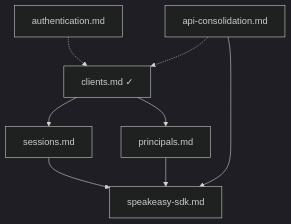
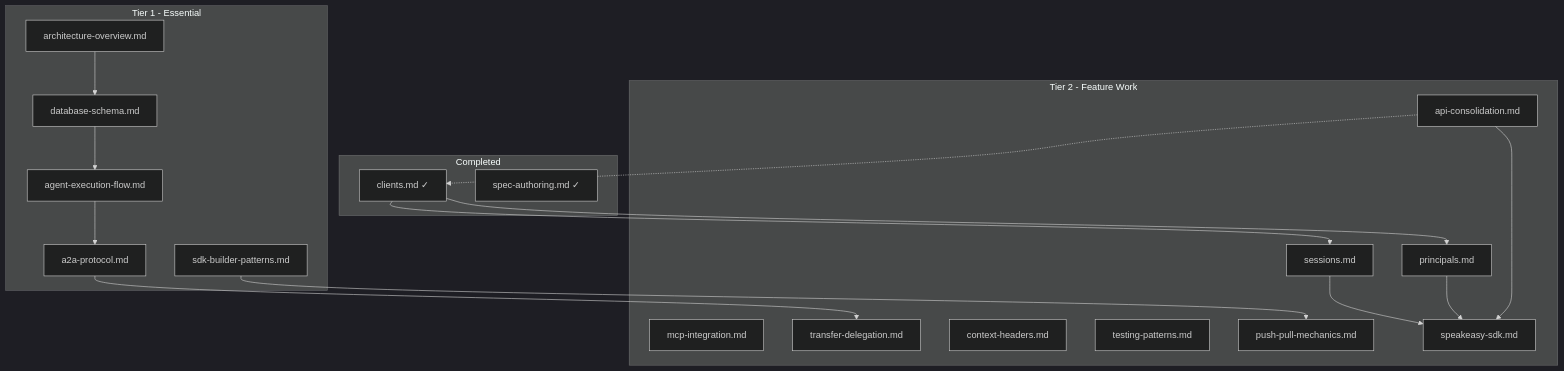
One commit to inkeep/agents changed the diagram in spec/SPEC_PLAN.md. Above: the diagram before and after it, drawn with Mermaid (dark theme). The commit also changed other lines of this file and 1 other file, not shown here.

Commit message:
chore:reduce spec plan to a single file

````diff
--- a/spec/SPEC_PLAN.md
+++ b/spec/SPEC_PLAN.md
@@ -24,10 +59,42 @@
 ```mermaid
 flowchart TD
-    A[clients.md ✓] --> B[sessions.md]
-    A --> C[principals.md]
-    B --> D[speakeasy-sdk.md]
-    C --> D
-    E[authentication.md] -.-> A
-    F[api-consolidation.md] --> D
-    F -.-> A
+    subgraph Tier1[Tier 1 - Essential]
+        ARCH[architecture-overview.md]
+        DB[database-schema.md]
+        EXEC[agent-execution-flow.md]
+        A2A[a2a-protocol.md]
+        SDK[sdk-builder-patterns.md]
+    end
+
+    subgraph Tier2[Tier 2 - Feature Work]
+        API[api-consolidation.md]
+        MCP[mcp-integration.md]
+        TRANS[transfer-delegation.md]
+        CTX[context-headers.md]
+        TEST[testing-patterns.md]
+        PUSH[push-pull-mechanics.md]
+        SPEAK[speakeasy-sdk.md]
+        SESS[sessions.md]
+        PRIN[principals.md]
+    end
+
+    subgraph Completed[Completed]
+        CLI[clients.md ✓]
+        AUTH_GUIDE[spec-authoring.md ✓]
+    end
+
+    %% Core dependencies
+    ARCH --> DB
+    DB --> EXEC
+    EXEC --> A2A
+    A2A --> TRANS
+    SDK --> PUSH
+
+    %% Cross-tier dependencies
+    CLI --> SESS
+    CLI --> PRIN
+    SESS --> SPEAK
+    PRIN --> SPEAK
+    API --> SPEAK
+    API -.-> CLI
 ```
````
